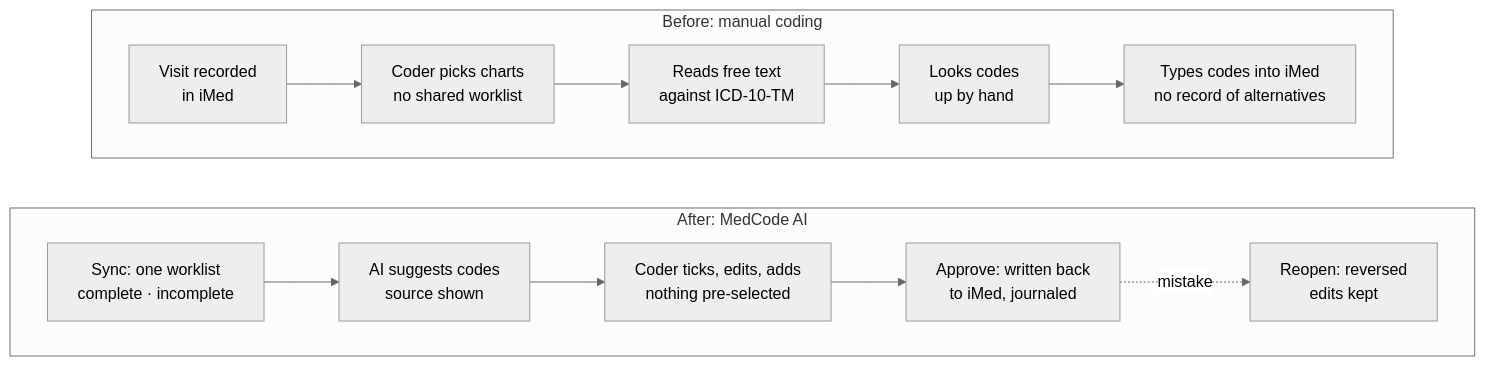
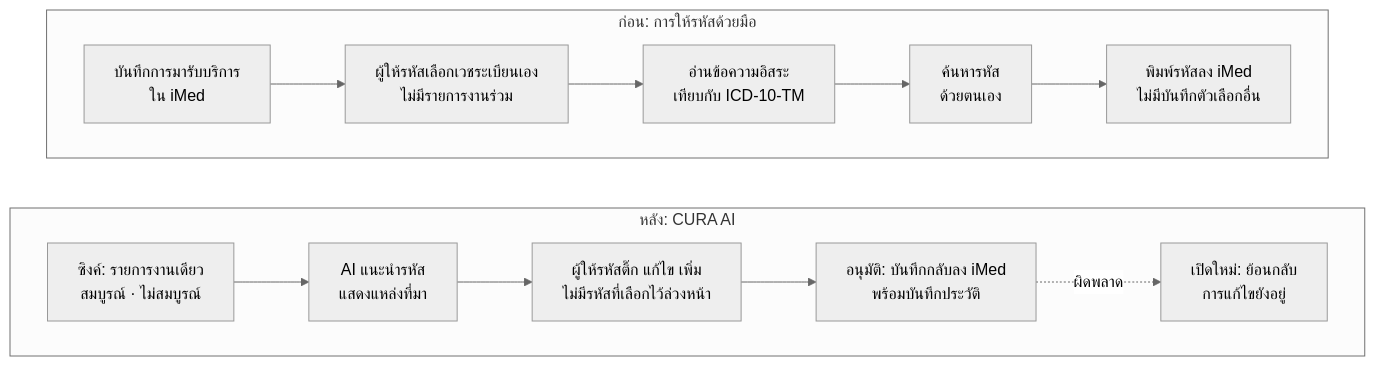
Before and after one commit to suvarna-stack/cura-ai: the diagram in report/figures/fig-3-1-workflow.mmd, drawn with Mermaid (neutral theme). The commit also changed 36 other files, not shown here.

```diff
--- a/report/figures/fig-3-1-workflow.mmd
+++ b/report/figures/fig-3-1-workflow.mmd
@@ -1,16 +1,16 @@
 flowchart TB
-  subgraph before["Before: manual coding"]
+  subgraph before["ก่อน: การให้รหัสด้วยมือ"]
     direction LR
-    b1["Visit recorded<br/>in iMed"] --> b2["Coder picks charts<br/>no shared worklist"]
-    b2 --> b3["Reads free text<br/>against ICD-10-TM"]
-    b3 --> b4["Looks codes<br/>up by hand"]
-    b4 --> b5["Types codes into iMed<br/>no record of alternatives"]
+    b1["บันทึกการมารับบริการ<br/>ใน iMed"] --> b2["ผู้ให้รหัสเลือกเวชระเบียนเอง<br/>ไม่มีรายการงานร่วม"]
+    b2 --> b3["อ่านข้อความอิสระ<br/>เทียบกับ ICD-10-TM"]
+    b3 --> b4["ค้นหารหัส<br/>ด้วยตนเอง"]
+    b4 --> b5["พิมพ์รหัสลง iMed<br/>ไม่มีบันทึกตัวเลือกอื่น"]
   end
-  subgraph after["After: MedCode AI"]
+  subgraph after["หลัง: CURA AI"]
     direction LR
-    a1["Sync: one worklist<br/>complete · incomplete"] --> a2["AI suggests codes<br/>source shown"]
-    a2 --> a3["Coder ticks, edits, adds<br/>nothing pre-selected"]
-    a3 --> a4["Approve: written back<br/>to iMed, journaled"]
-    a4 -.->|"mistake"| a5["Reopen: reversed<br/>edits kept"]
+    a1["ซิงค์: รายการงานเดียว<br/>สมบูรณ์ · ไม่สมบูรณ์"] --> a2["AI แนะนำรหัส<br/>แสดงแหล่งที่มา"]
+    a2 --> a3["ผู้ให้รหัสติ๊ก แก้ไข เพิ่ม<br/>ไม่มีรหัสที่เลือกไว้ล่วงหน้า"]
+    a3 --> a4["อนุมัติ: บันทึกกลับลง iMed<br/>พร้อมบันทึกประวัติ"]
+    a4 -.->|"ผิดพลาด"| a5["เปิดใหม่: ย้อนกลับ<br/>การแก้ไขยังอยู่"]
   end
   before ~~~ after
```
